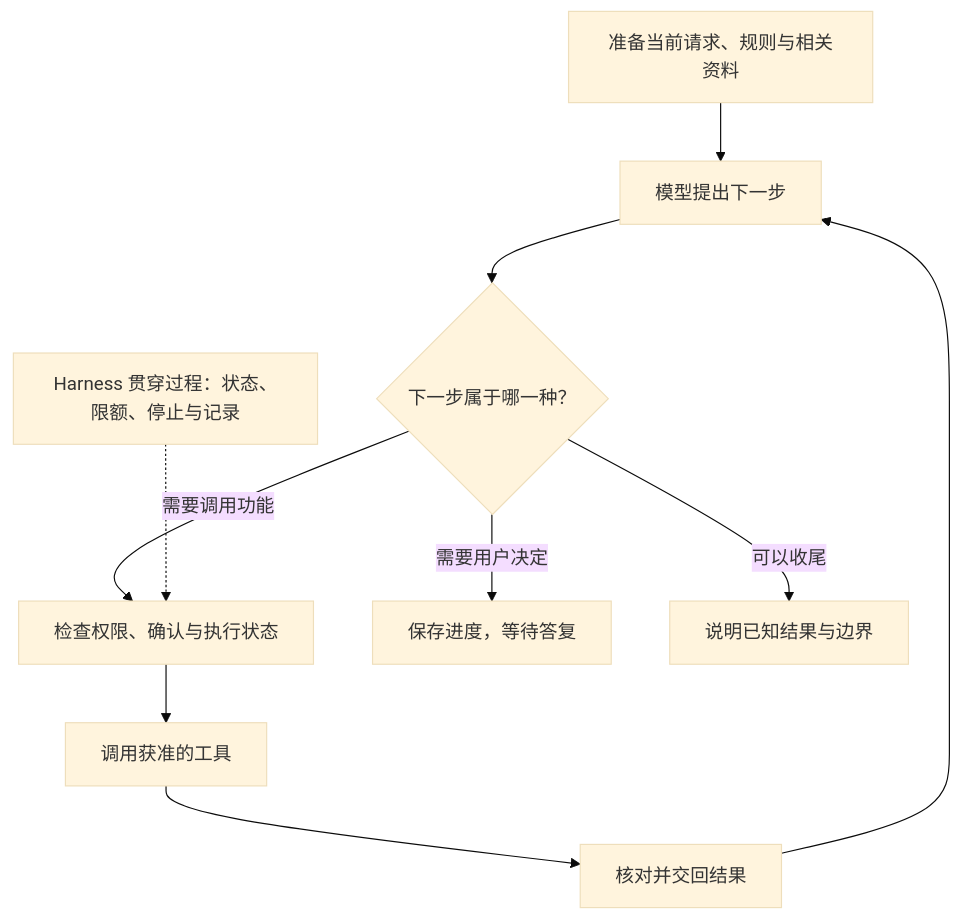
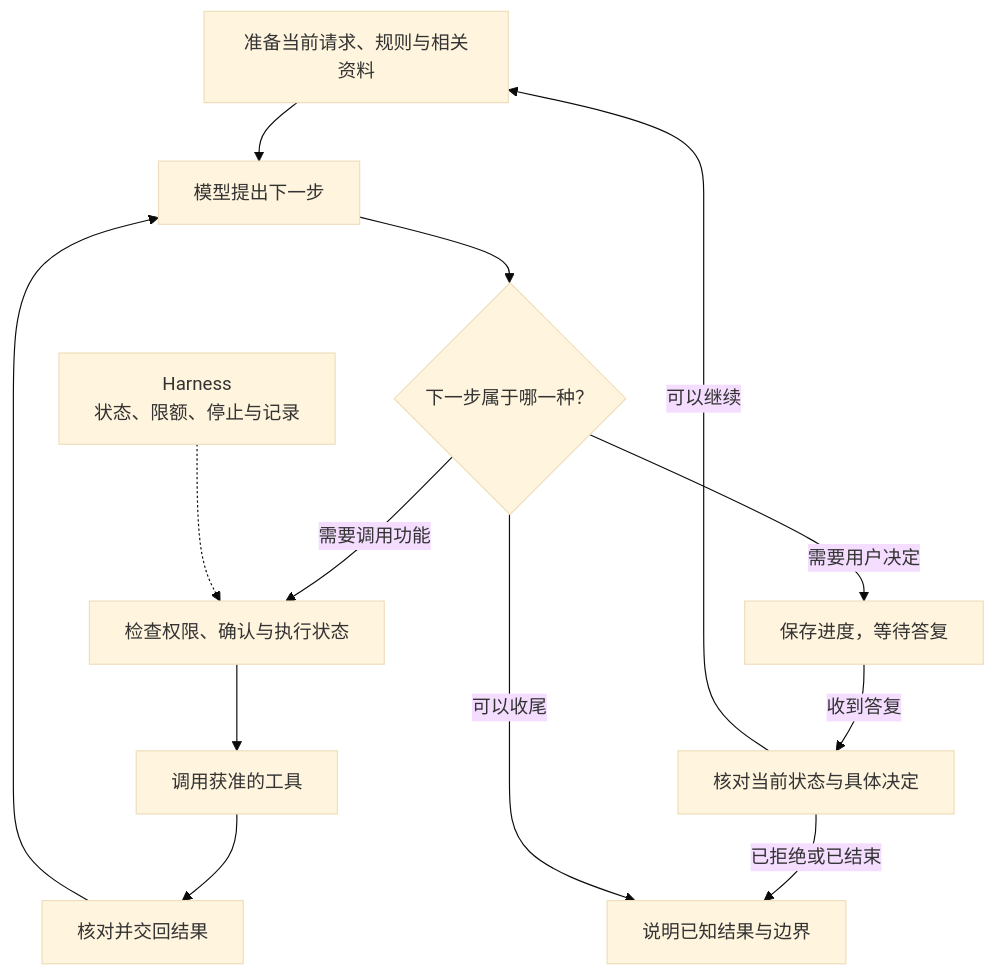
Before and after one commit to offercontext/offerPilot: the diagram in docs/learn/22-putting-the-harness-together.md, drawn with Mermaid (base theme). The commit also changed other lines of this file and 27 other files, not shown here.

````diff
--- a/docs/learn/22-putting-the-harness-together.md
+++ b/docs/learn/22-putting-the-harness-together.md
@@ -57,12 +57,15 @@
 ```mermaid
 flowchart TD
     input["准备当前请求、规则与相关资料"] --> model["模型提出下一步"]
     model --> action{"下一步属于哪一种？"}
     action -->|"需要调用功能"| check["检查权限、确认与执行状态"]
     check --> tool["调用获准的工具"]
     tool --> result["核对并交回结果"]
     result --> model
     action -->|"需要用户决定"| wait["保存进度，等待答复"]
+    wait -->|"收到答复"| resume["核对当前状态与具体决定"]
+    resume -->|"可以继续"| input
+    resume -->|"已拒绝或已结束"| finish
     action -->|"可以收尾"| finish["说明已知结果与边界"]
-    control["Harness 贯穿过程：状态、限额、停止与记录"] -.-> check
+    control["Harness<br/>状态、限额、停止与记录"] -.-> check
 ```
````
